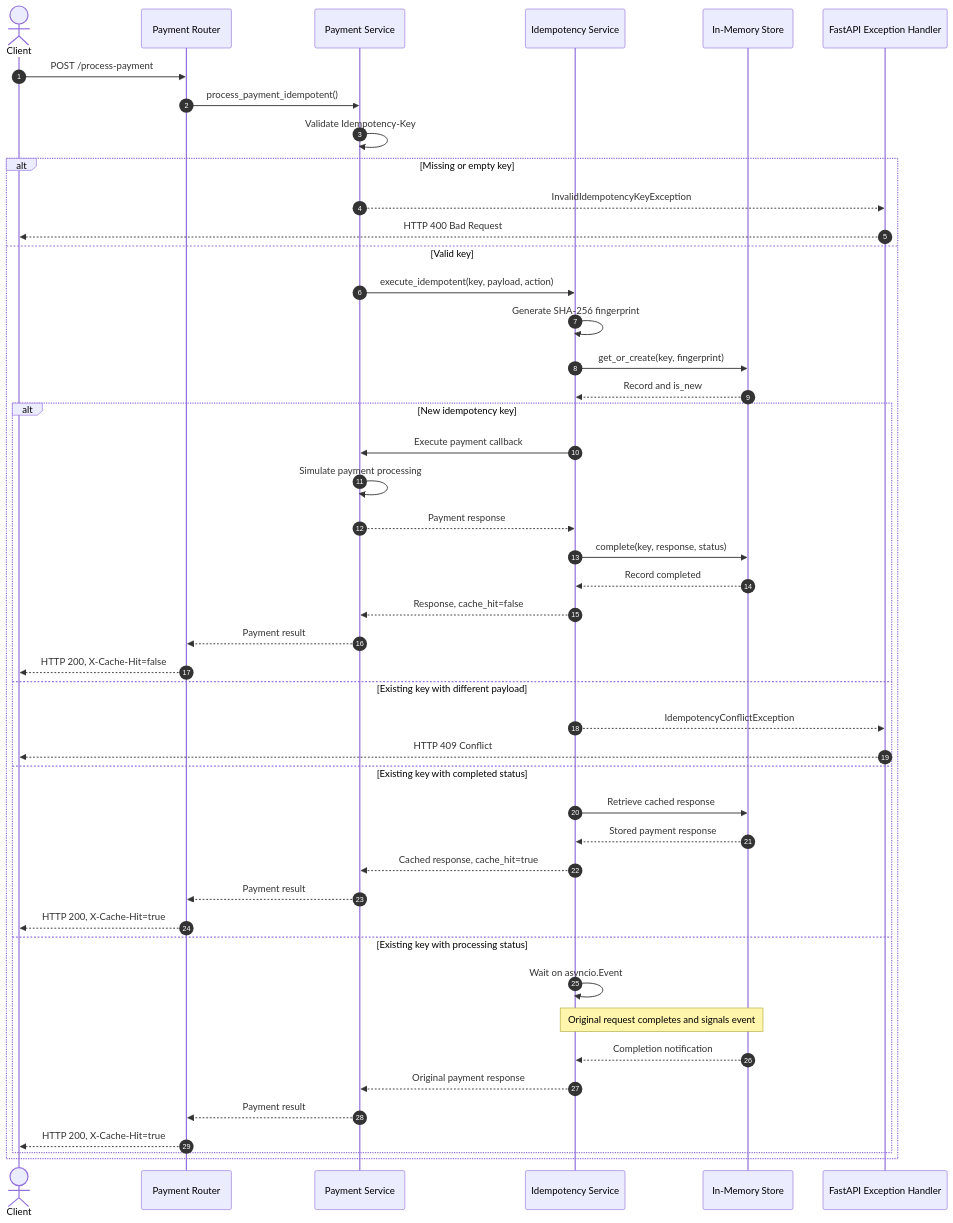
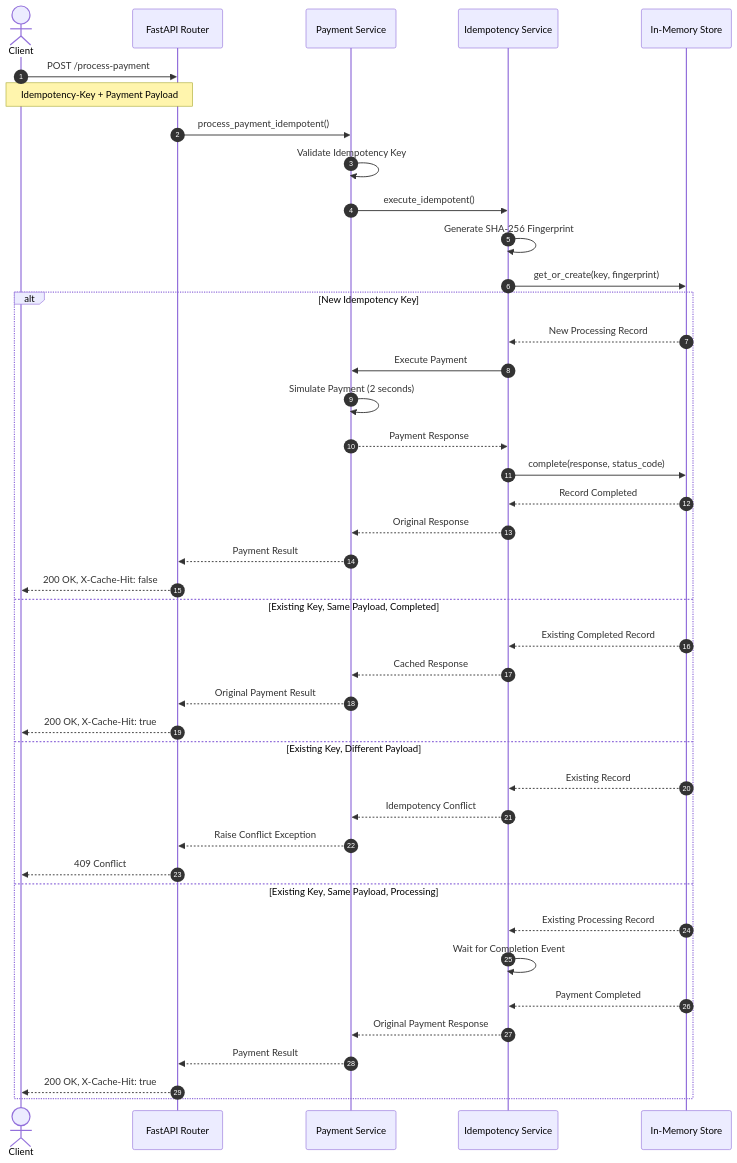
One commit to iirasubizadivine/finsafe-idempotency-gateway changed the second of 5 diagrams in README.md. Above: the diagram before and after it, drawn with Mermaid. The commit also changed other lines of this file, not shown here.

````diff
--- a/README.md
+++ b/README.md
@@ -189,57 +168,51 @@
 ```mermaid
 sequenceDiagram
     autonumber
 
     actor Client
-    participant Router as Payment Router
+    participant API as FastAPI Router
     participant PS as Payment Service
     participant IS as Idempotency Service
     participant Store as In-Memory Store
-    participant EH as FastAPI Exception Handler
 
-    Client->>Router: POST /process-payment
-    Router->>PS: process_payment_idempotent()
+    Client->>API: POST /process-payment
+    Note over Client,API: Idempotency-Key + Payment Payload
 
-    PS->>PS: Validate Idempotency-Key
+    API->>PS: process_payment_idempotent()
+    PS->>PS: Validate Idempotency Key
+    PS->>IS: execute_idempotent()
+    IS->>IS: Generate SHA-256 Fingerprint
+    IS->>Store: get_or_create(key, fingerprint)
 
-    alt Missing or empty key
-        PS-->>EH: InvalidIdempotencyKeyException
-        EH-->>Client: HTTP 400 Bad Request
+    alt New Idempotency Key
+        Store-->>IS: New Processing Record
+        IS->>PS: Execute Payment
+        PS->>PS: Simulate Payment (2 seconds)
+        PS-->>IS: Payment Response
+        IS->>Store: complete(response, status_code)
+        Store-->>IS: Record Completed
+        IS-->>PS: Original Response
+        PS-->>API: Payment Result
+        API-->>Client: 200 OK, X-Cache-Hit: false
 
-    else Valid key
-        PS->>IS: execute_idempotent(key, payload, action)
-        IS->>IS: Generate SHA-256 fingerprint
-        IS->>Store: get_or_create(key, fingerprint)
-        Store-->>IS: Record and is_new
+    else Existing Key, Same Payload, Completed
+        Store-->>IS: Existing Completed Record
+        IS-->>PS: Cached Response
+        PS-->>API: Original Payment Result
+        API-->>Client: 200 OK, X-Cache-Hit: true
 
-        alt New idempotency key
-            IS->>PS: Execute payment callback
-            PS->>PS: Simulate payment processing
-            PS-->>IS: Payment response
-            IS->>Store: complete(key, response, status)
-            Store-->>IS: Record completed
-            IS-->>PS: Response, cache_hit=false
-            PS-->>Router: Payment result
-            Router-->>Client: HTTP 200, X-Cache-Hit=false
+    else Existing Key, Different Payload
+        Store-->>IS: Existing Record
+        IS-->>PS: Idempotency Conflict
+        PS-->>API: Raise Conflict Exception
+        API-->>Client: 409 Conflict
 
-        else Existing key with different payload
-            IS-->>EH: IdempotencyConflictException
-            EH-->>Client: HTTP 409 Conflict
-
-        else Existing key with completed status
-            IS->>Store: Retrieve cached response
-            Store-->>IS: Stored payment response
-            IS-->>PS: Cached response, cache_hit=true
-            PS-->>Router: Payment result
-            Router-->>Client: HTTP 200, X-Cache-Hit=true
-
-        else Existing key with processing status
-            IS->>IS: Wait on asyncio.Event
-            Note over IS,Store: Original request completes and signals event
-            Store-->>IS: Completion notification
-            IS-->>PS: Original payment response
-            PS-->>Router: Payment result
-            Router-->>Client: HTTP 200, X-Cache-Hit=true
-        end
+    else Existing Key, Same Payload, Processing
+        Store-->>IS: Existing Processing Record
+        IS->>IS: Wait for Completion Event
+        Store-->>IS: Payment Completed
+        IS-->>PS: Original Payment Response
+        PS-->>API: Payment Result
+        API-->>Client: 200 OK, X-Cache-Hit: true
     end
 ```
````
